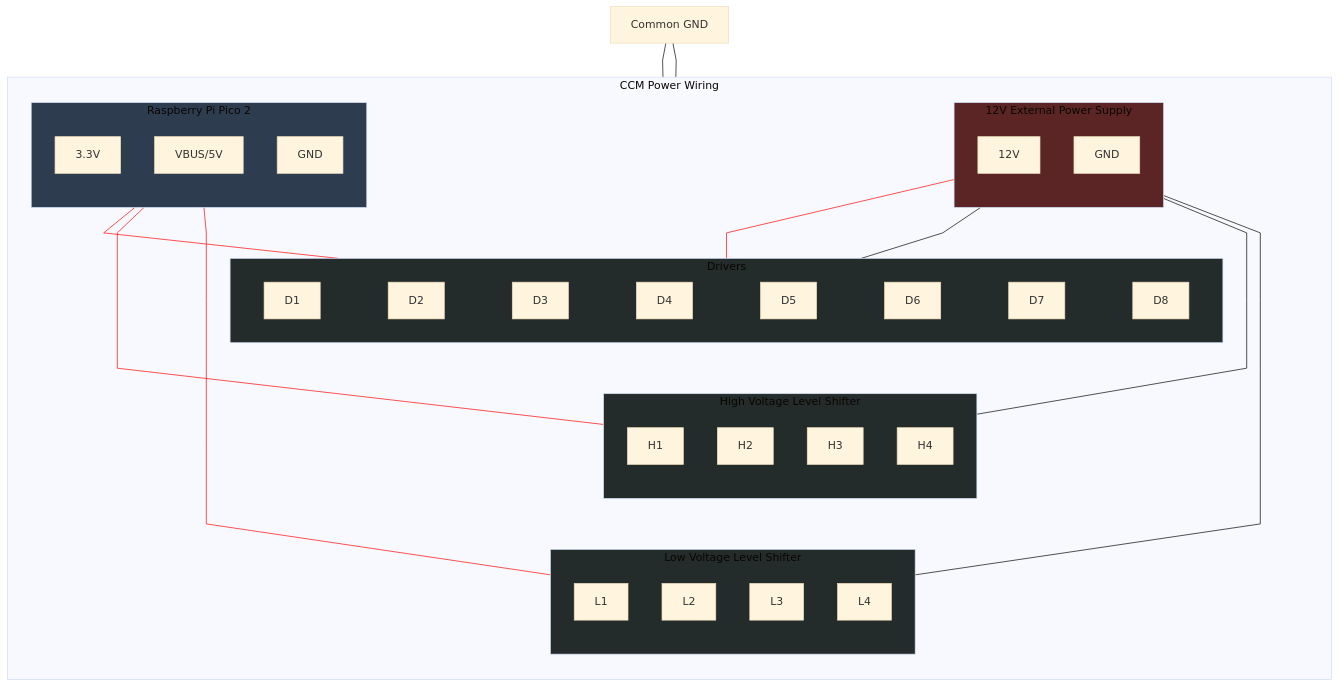
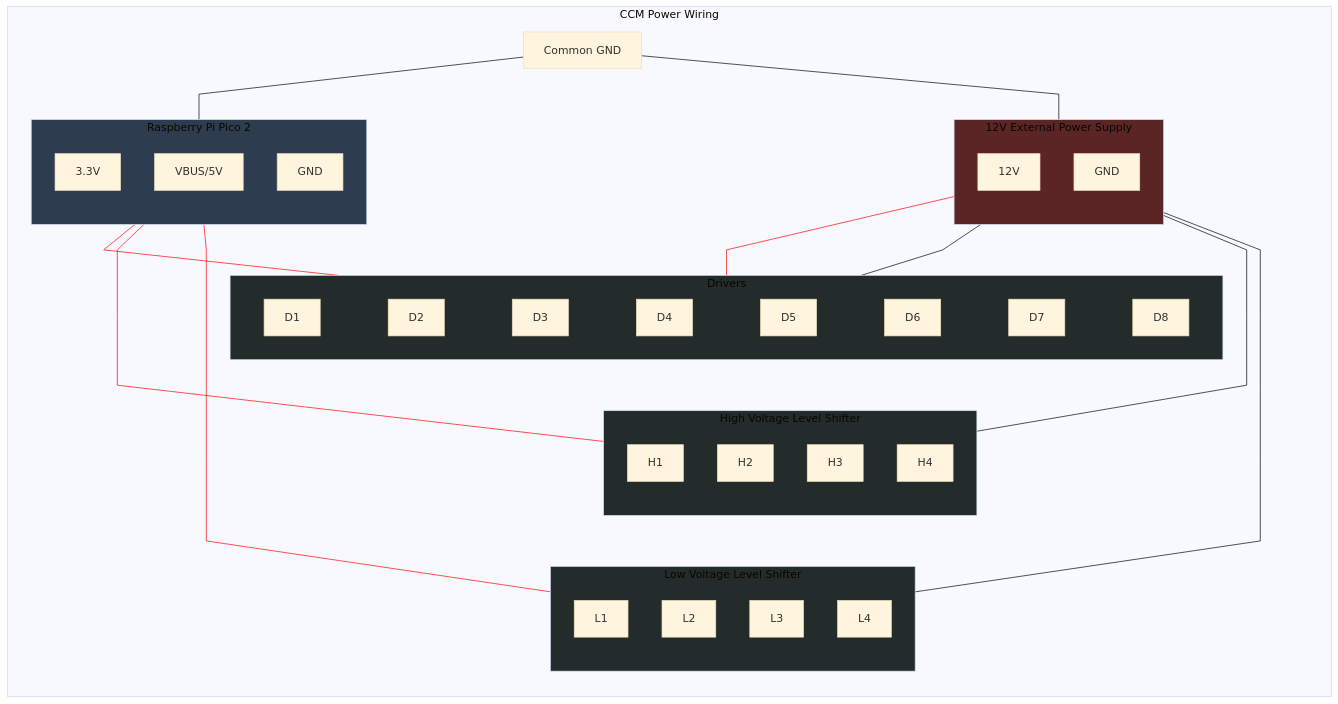
One commit to lyngstad-armin/scale-crane-electric-wire-luffing changed the fourth of 5 diagrams in README_typhora.md. Above: the diagram before and after it, drawn with Mermaid (base theme). The commit also changed other lines of this file, not shown here.

```diff
--- a/README_typhora.md
+++ b/README_typhora.md
@@ -357,6 +362,7 @@
 
 subgraph DP[CCM Power Wiring]
     direction TB
+    GND_C
     PSU
     DRIVER
     PICO
```
